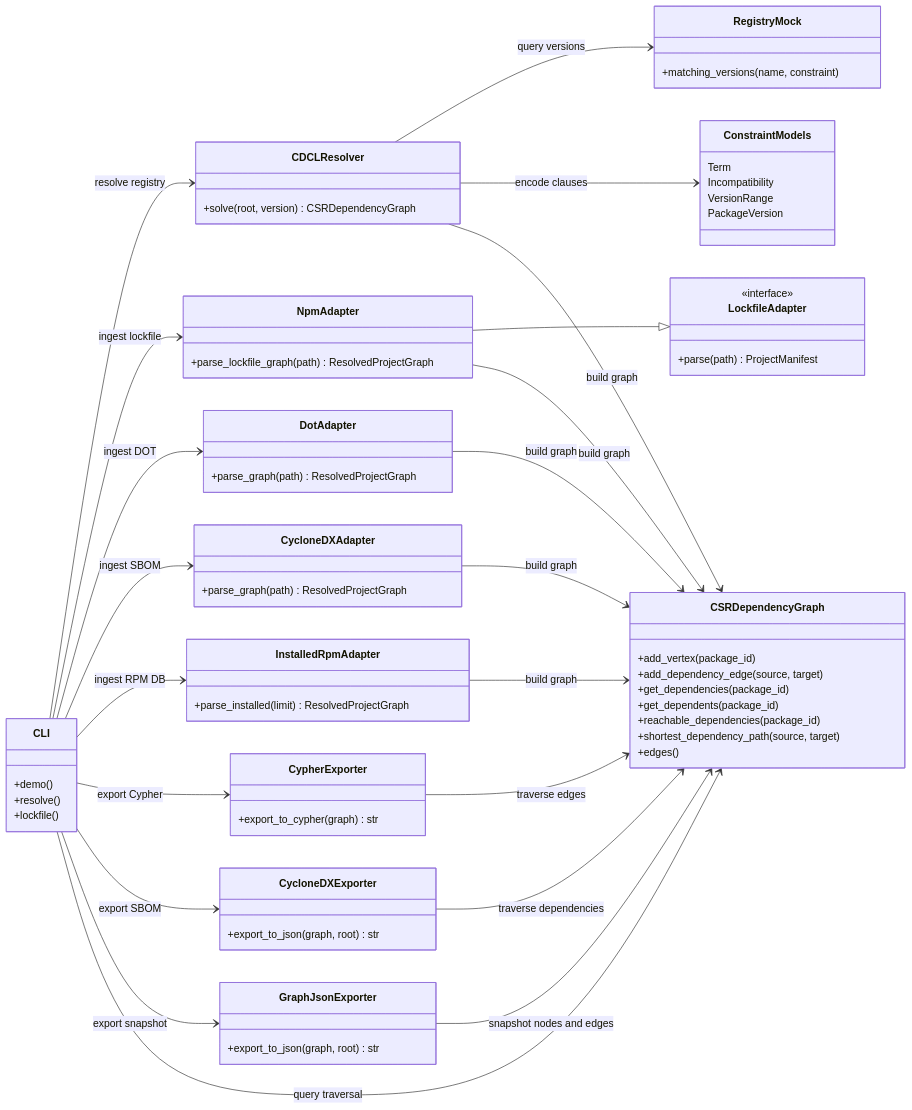
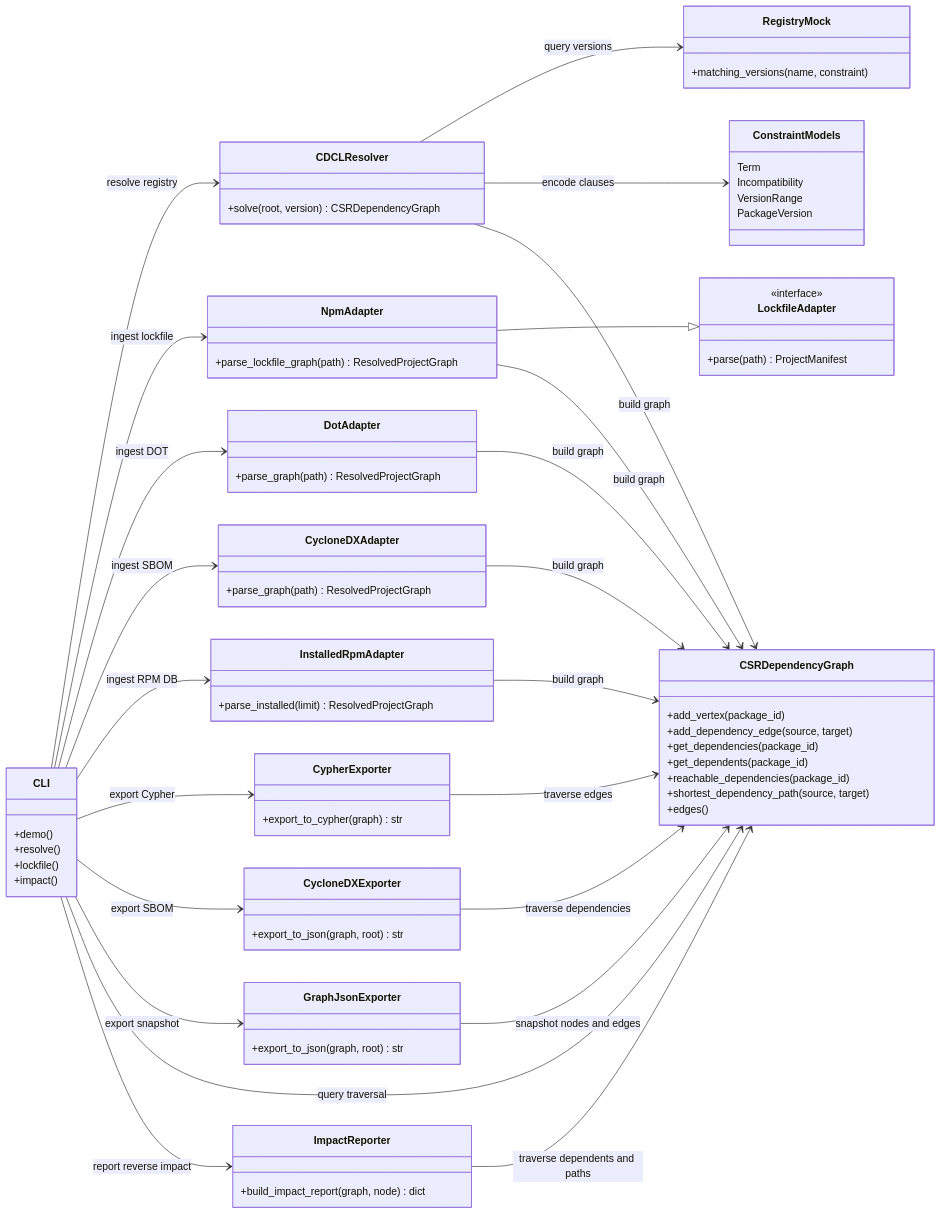
The first of 2 diagrams in README.md (xsub/EnterpriseLinux-SoftwareSupplyChain), drawn with Mermaid before and after one commit. The commit also changed other lines of this file and 6 other files, not shown here.

Commit message:
Add reverse dependency impact reports

````diff
--- a/README.md
+++ b/README.md
@@ -105,75 +113,81 @@
 ```mermaid
 classDiagram
 direction LR
 class CLI {
   +demo()
   +resolve()
   +lockfile()
+  +impact()
 }
 class LockfileAdapter {
   <<interface>>
   +parse(path) ProjectManifest
 }
 class NpmAdapter {
   +parse_lockfile_graph(path) ResolvedProjectGraph
 }
 class DotAdapter {
   +parse_graph(path) ResolvedProjectGraph
 }
 class CycloneDXAdapter {
   +parse_graph(path) ResolvedProjectGraph
 }
 class InstalledRpmAdapter {
   +parse_installed(limit) ResolvedProjectGraph
 }
 class RegistryMock {
   +matching_versions(name, constraint)
 }
 class CDCLResolver {
   +solve(root, version) CSRDependencyGraph
 }
 class CSRDependencyGraph {
   +add_vertex(package_id)
   +add_dependency_edge(source, target)
   +get_dependencies(package_id)
   +get_dependents(package_id)
   +reachable_dependencies(package_id)
   +shortest_dependency_path(source, target)
   +edges()
 }
 class CypherExporter {
   +export_to_cypher(graph) str
 }
 class CycloneDXExporter {
   +export_to_json(graph, root) str
 }
 class GraphJsonExporter {
   +export_to_json(graph, root) str
 }
+class ImpactReporter {
+  +build_impact_report(graph, node) dict
+}
 class ConstraintModels {
   Term
   Incompatibility
   VersionRange
   PackageVersion
 }
 CLI --> CDCLResolver : resolve registry
 CLI --> NpmAdapter : ingest lockfile
 CLI --> DotAdapter : ingest DOT
 CLI --> CycloneDXAdapter : ingest SBOM
 CLI --> InstalledRpmAdapter : ingest RPM DB
 NpmAdapter --|> LockfileAdapter
 CDCLResolver --> RegistryMock : query versions
 CDCLResolver --> ConstraintModels : encode clauses
 CDCLResolver --> CSRDependencyGraph : build graph
 NpmAdapter --> CSRDependencyGraph : build graph
 DotAdapter --> CSRDependencyGraph : build graph
 CycloneDXAdapter --> CSRDependencyGraph : build graph
 InstalledRpmAdapter --> CSRDependencyGraph : build graph
 CLI --> CypherExporter : export Cypher
 CLI --> CycloneDXExporter : export SBOM
 CLI --> GraphJsonExporter : export snapshot
 CLI --> CSRDependencyGraph : query traversal
+CLI --> ImpactReporter : report reverse impact
 CypherExporter --> CSRDependencyGraph : traverse edges
 CycloneDXExporter --> CSRDependencyGraph : traverse dependencies
 GraphJsonExporter --> CSRDependencyGraph : snapshot nodes and edges
+ImpactReporter --> CSRDependencyGraph : traverse dependents and paths
 ```
````
